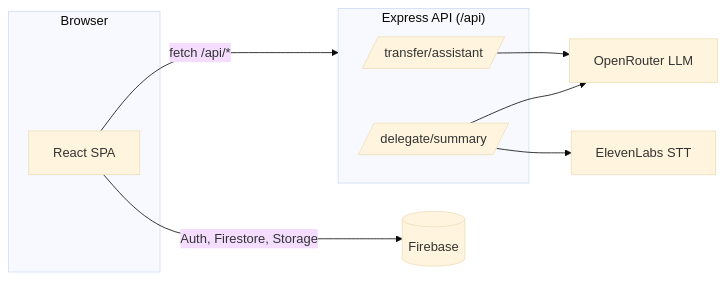
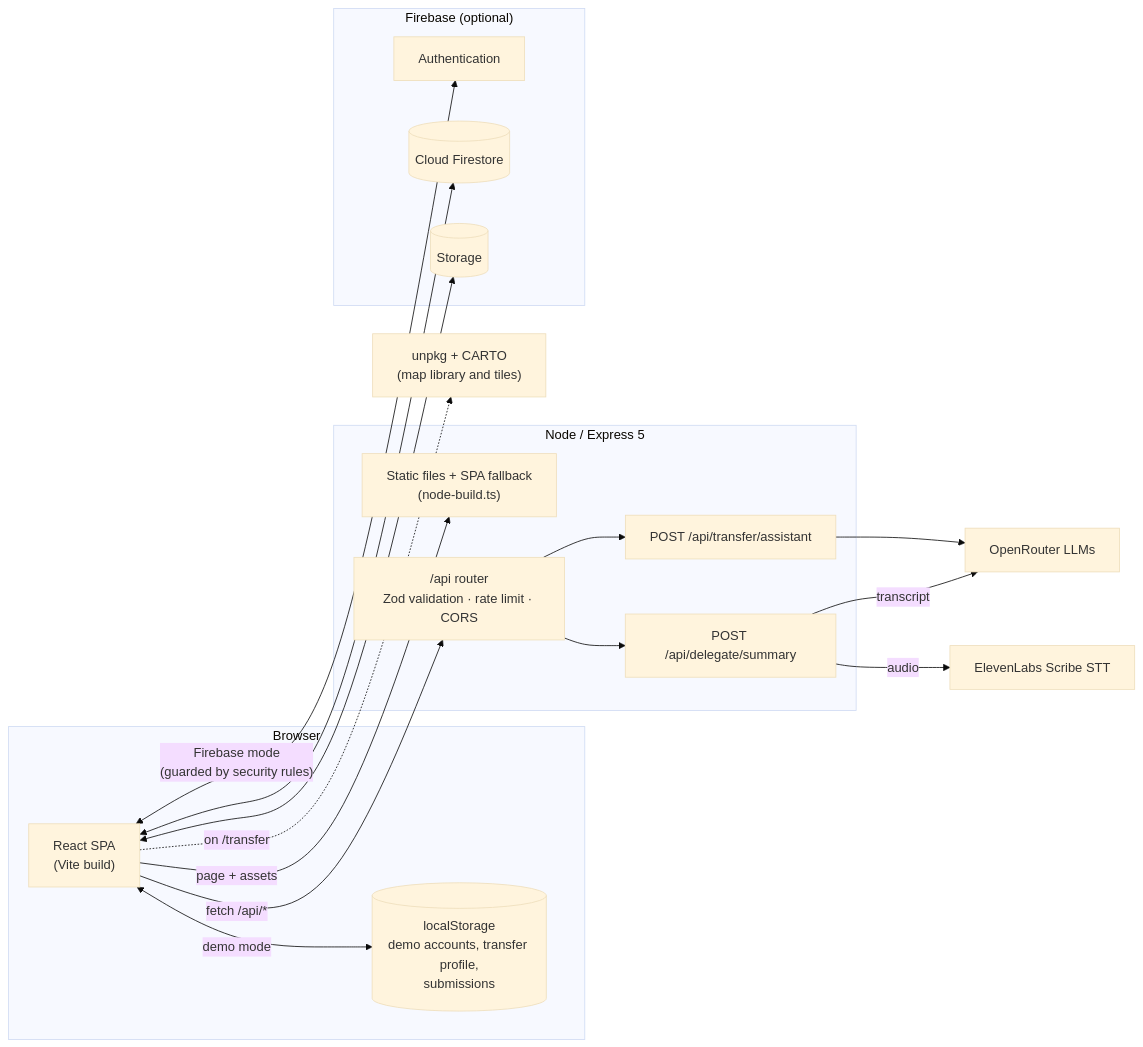
The first of 2 diagrams in README.md (jeevithg090/Axion-ICAS-Hacks), drawn with Mermaid (base theme) before and after one commit. The commit also changed other lines of this file and 14 other files, not shown here.

First line of the commit message:
docs: expand README with screenshots, architecture, configuration and API reference

````diff
--- a/README.md
+++ b/README.md
@@ -46,15 +148,37 @@
 ```mermaid
-graph LR
-    subgraph Browser
-      SPA[React SPA]
+flowchart LR
+    subgraph Browser["Browser"]
+        SPA["React SPA<br/>(Vite build)"]
+        LS[("localStorage<br/>demo accounts, transfer profile,<br/>submissions")]
     end
-    subgraph Server["Express API (/api)"]
-      TA[/transfer/assistant/]
-      DS[/delegate/summary/]
+
+    subgraph Server["Node / Express 5"]
+        STATIC["Static files + SPA fallback<br/>(node-build.ts)"]
+        API["/api router<br/>Zod validation · rate limit · CORS"]
+        TA["POST /api/transfer/assistant"]
+        DS["POST /api/delegate/summary"]
     end
-    SPA -->|Auth, Firestore, Storage| FB[(Firebase)]
-    SPA -->|fetch /api/*| Server
-    TA --> OR[OpenRouter LLM]
-    DS --> EL[ElevenLabs STT]
-    DS --> OR
+
+    subgraph Firebase["Firebase (optional)"]
+        AUTH["Authentication"]
+        FS[("Cloud Firestore")]
+        ST[("Storage")]
+    end
+
+    OR["OpenRouter LLMs"]
+    EL["ElevenLabs Scribe STT"]
+    CDN["unpkg + CARTO<br/>(map library and tiles)"]
+
+    SPA -- "page + assets" --> STATIC
+    SPA -- "fetch /api/*" --> API
+    API --> TA
+    API --> DS
+    TA --> OR
+    DS -- "audio" --> EL
+    DS -- "transcript" --> OR
+    SPA <-- "demo mode" --> LS
+    SPA <-- "Firebase mode<br/>(guarded by security rules)" --> AUTH
+    SPA <--> FS
+    SPA <--> ST
+    SPA -. "on /transfer" .-> CDN
 ```
````
